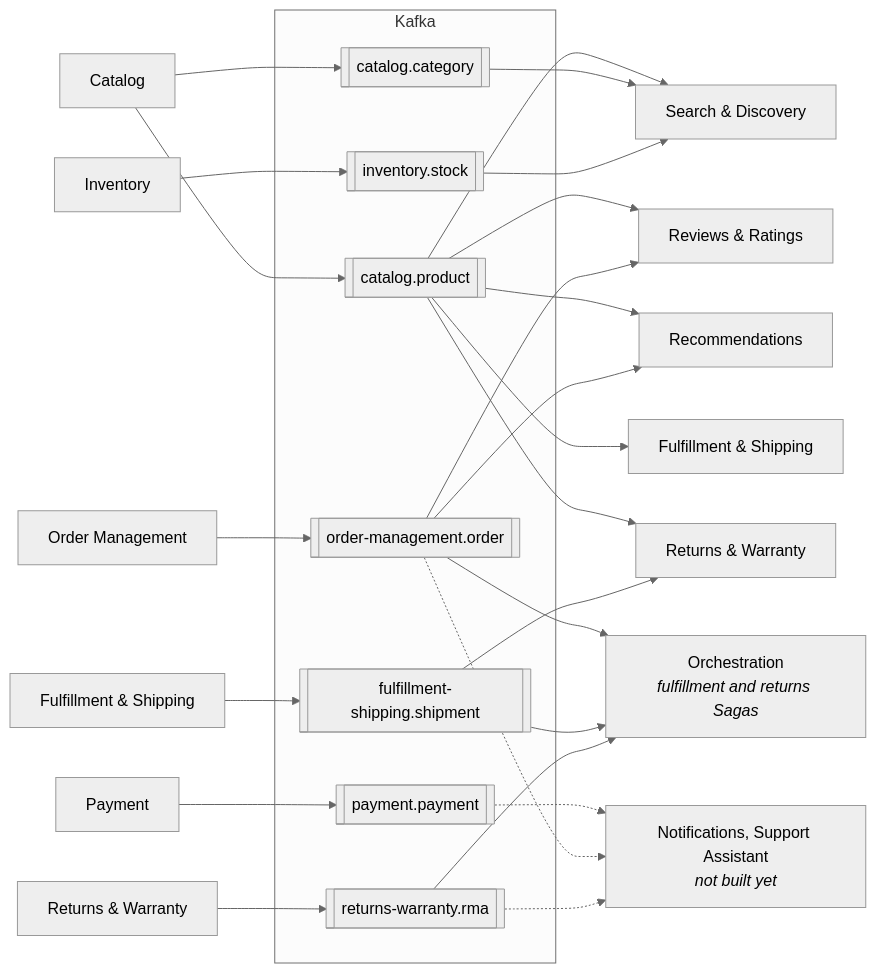
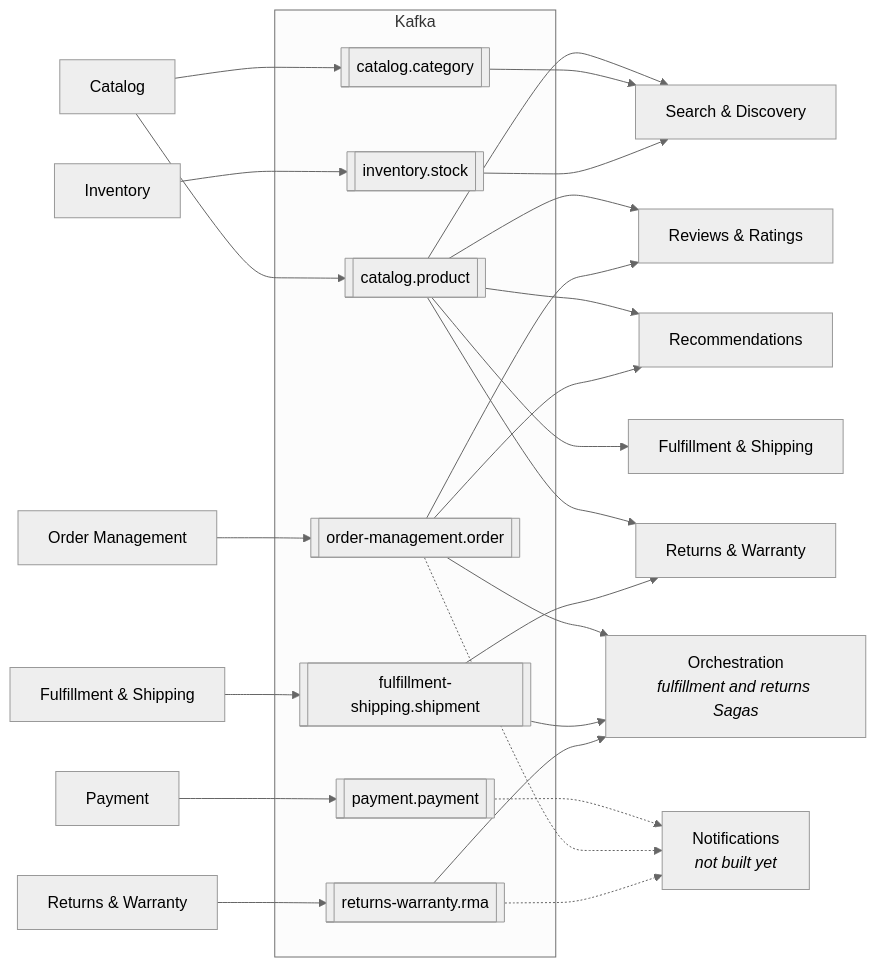
Before and after one commit to ondokuzz/ecomm: the third of 6 diagrams in docs/architecture.md, drawn with Mermaid (neutral theme). The commit also changed other lines of this file and 78 other files, not shown here.

````diff
--- a/docs/architecture.md
+++ b/docs/architecture.md
@@ -126,44 +126,44 @@
 ```mermaid
 flowchart LR
   catalog["Catalog"]
   inventory["Inventory"]
   orders["Order Management"]
   payment["Payment"]
   fulfillment["Fulfillment & Shipping"]
   returns["Returns & Warranty"]
 
   subgraph kafka["Kafka"]
     tProduct[["catalog.product"]]
     tCategory[["catalog.category"]]
     tStock[["inventory.stock"]]
     tOrder[["order-management.order"]]
     tPayment[["payment.payment"]]
     tShipment[["fulfillment-shipping.shipment"]]
     tRma[["returns-warranty.rma"]]
   end
 
   search["Search & Discovery"]
   reviews["Reviews & Ratings"]
   recs["Recommendations"]
   fulfillmentIn["Fulfillment & Shipping"]
   returnsIn["Returns & Warranty"]
   orchestration["Orchestration<br/><i>fulfillment and returns Sagas</i>"]
-  later["Notifications, Support Assistant<br/><i>not built yet</i>"]
+  later["Notifications<br/><i>not built yet</i>"]
 
   catalog --> tProduct & tCategory
   inventory --> tStock
   orders --> tOrder
   payment --> tPayment
   fulfillment --> tShipment
   returns --> tRma
 
   tProduct --> search & reviews & recs & fulfillmentIn & returnsIn
   tCategory --> search
   tStock --> search
   tOrder --> reviews & recs & orchestration
   tShipment --> orchestration & returnsIn
   tRma --> orchestration
   tPayment -.-> later
   tOrder -.-> later
   tRma -.-> later
 ```
````
